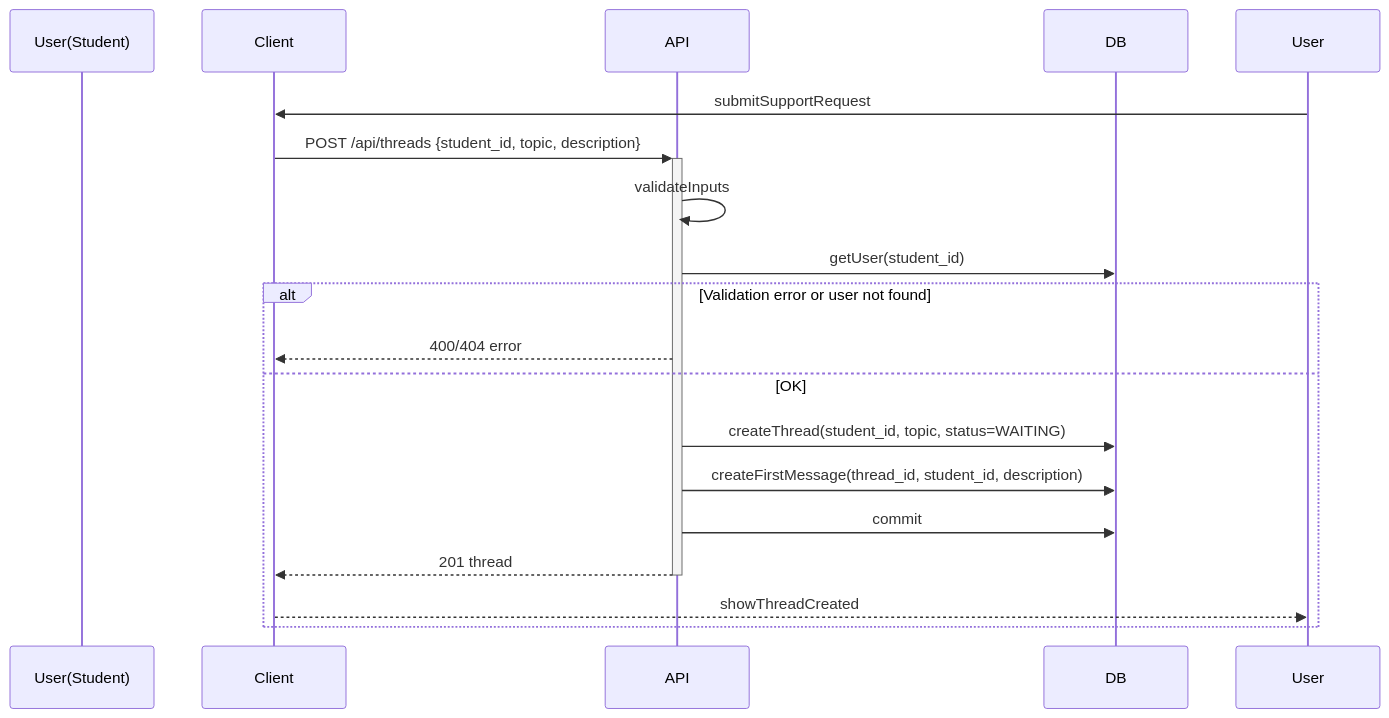
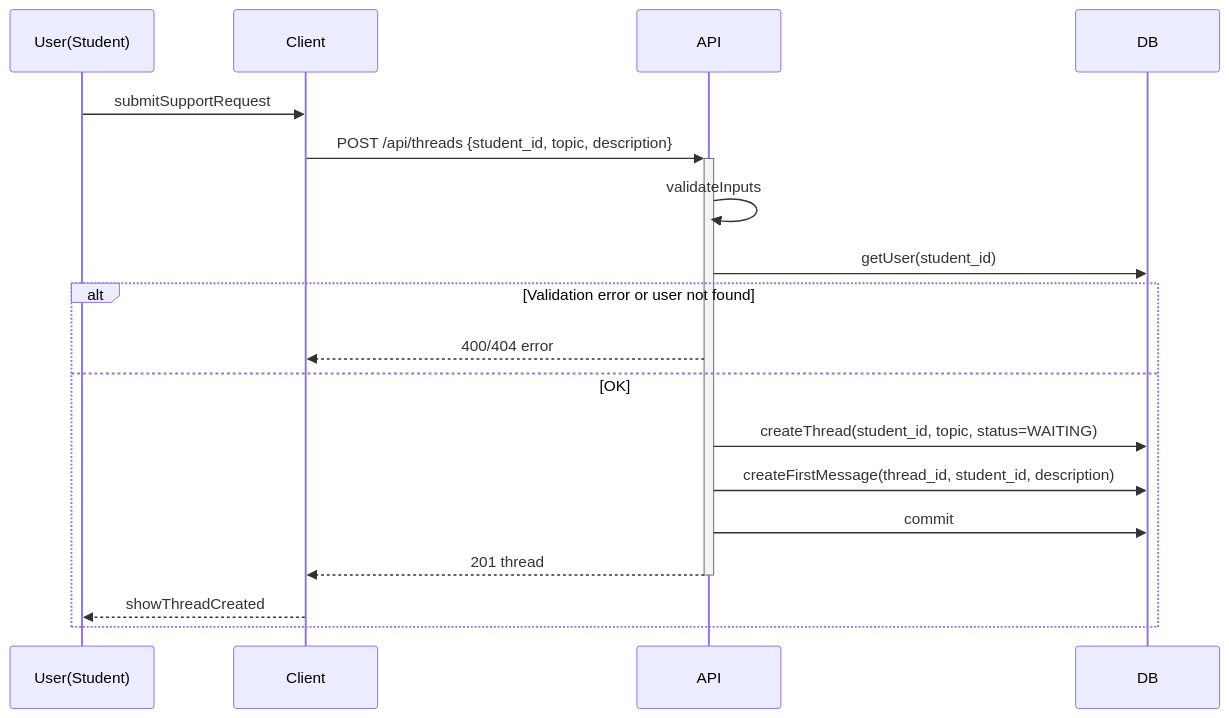
One commit to sandyleedev/student-mental-support-app changed the diagram in docs/sequence-create-thread.md. Above: the diagram before and after it, drawn with Mermaid.

Commit message:
[BUS-31] fix: fix column name in create-thread sequence diagram

````diff
--- a/docs/sequence-create-thread.md
+++ b/docs/sequence-create-thread.md
@@ -5,23 +5,23 @@
 ```mermaid
 sequenceDiagram
     participant User(Student)
     participant Client
     participant API
     participant DB
 
-    User->>Client: submitSupportRequest
+    User(Student)->>Client: submitSupportRequest
     Client->>+API: POST /api/threads {student_id, topic, description}
 
     API->>API: validateInputs
     API->>DB: getUser(student_id)
 
     alt Validation error or user not found
         API-->>Client: 400/404 error
     else OK
         API->>DB: createThread(student_id, topic, status=WAITING)
         API->>DB: createFirstMessage(thread_id, student_id, description)
         API->>DB: commit
         API-->>-Client: 201 thread
-        Client-->>User: showThreadCreated
+        Client-->>User(Student): showThreadCreated
     end
 ```
````
